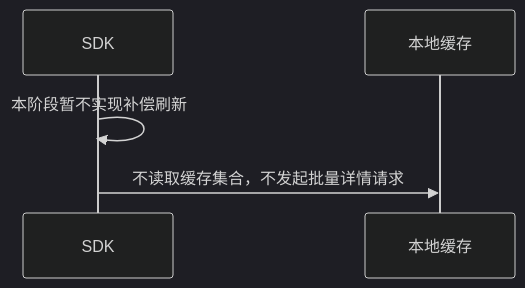
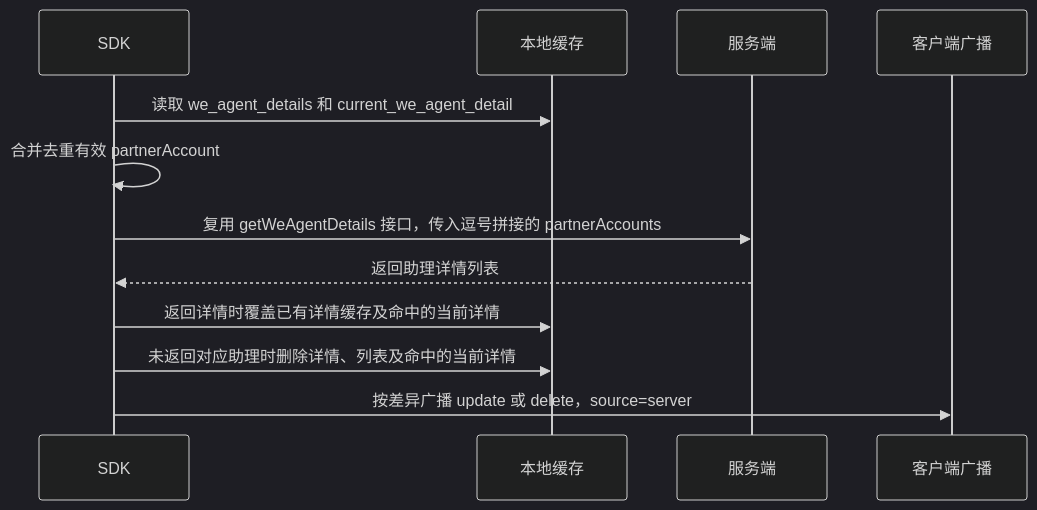
One commit to Abelsjcheng/skillSDK changed the fifth of 10 diagrams in 2026-05-08-we-agent-detail-sync-plan.md. Above: the diagram before and after it, drawn with Mermaid (dark theme). The commit also changed other lines of this file and 45 other files, not shown here.

````diff
--- a/2026-05-08-we-agent-detail-sync-plan.md
+++ b/2026-05-08-we-agent-detail-sync-plan.md
@@ -172,8 +172,15 @@
 ```mermaid
 sequenceDiagram
     participant SDK as SDK
     participant Cache as 本地缓存
+    participant Server as 服务端
+    participant Broadcast as 客户端广播
 
-    SDK->>SDK: 本阶段暂不实现补偿刷新
-    SDK->>Cache: 不读取缓存集合，不发起批量详情请求
+    SDK->>Cache: 读取 we_agent_details 和 current_we_agent_detail
+    SDK->>SDK: 合并去重有效 partnerAccount
+    SDK->>Server: 复用 getWeAgentDetails 接口，传入逗号拼接的 partnerAccounts
+    Server-->>SDK: 返回助理详情列表
+    SDK->>Cache: 返回详情时覆盖已有详情缓存及命中的当前详情
+    SDK->>Cache: 未返回对应助理时删除详情、列表及命中的当前详情
+    SDK->>Broadcast: 按差异广播 update 或 delete，source=server
 ```
````
